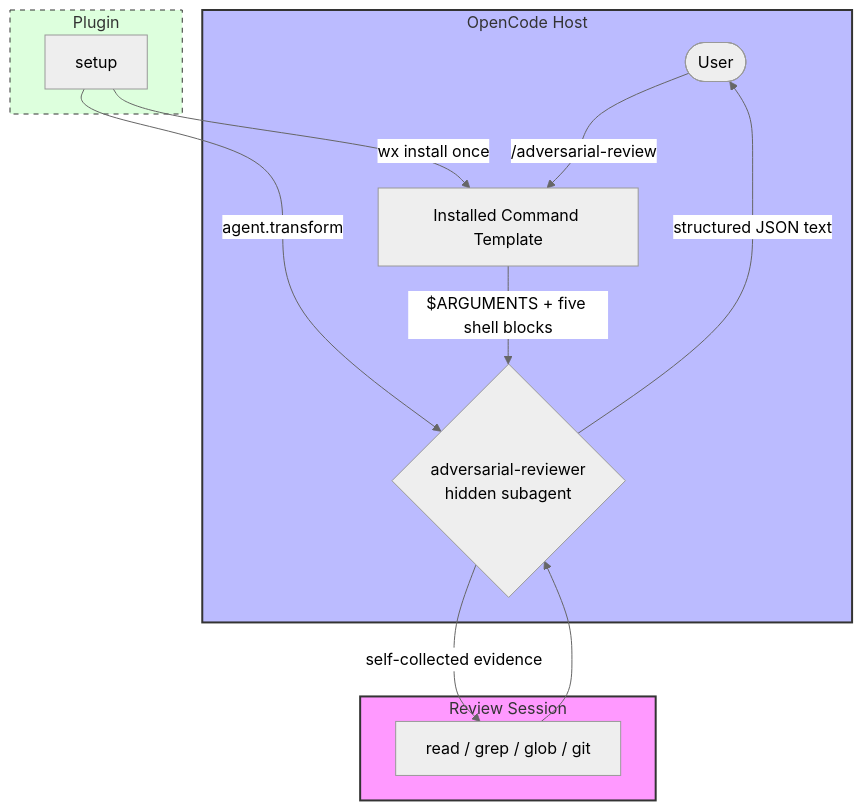
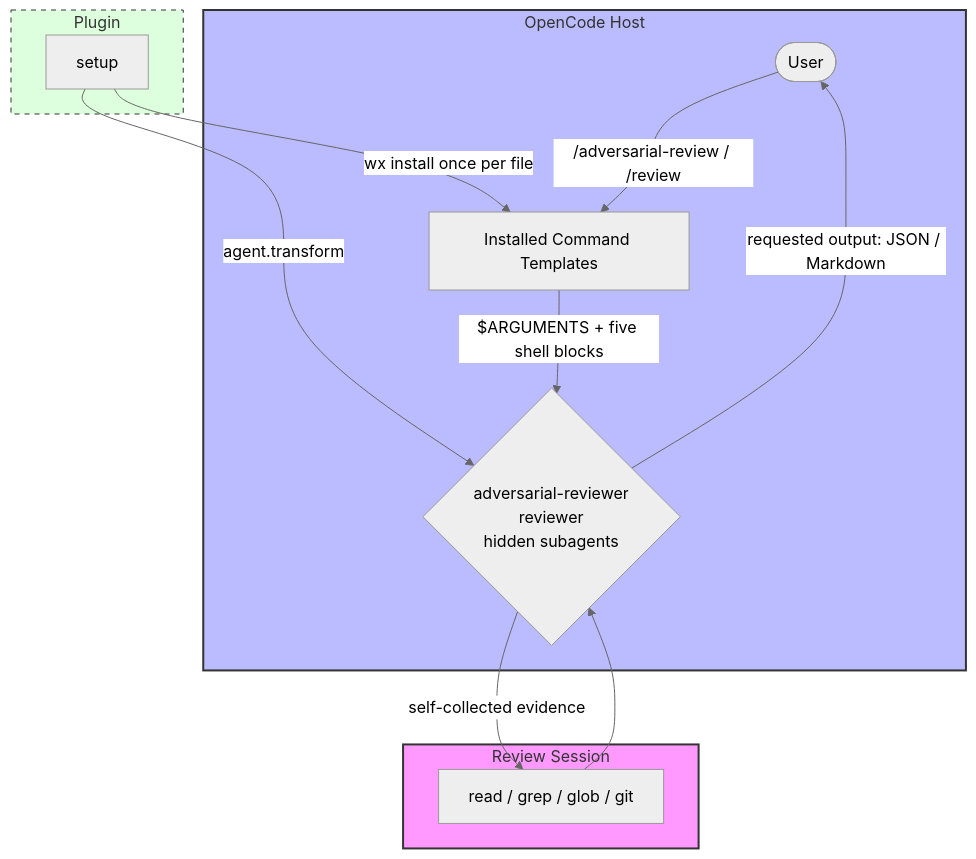
Before and after one commit to capyBearista/opencode-plugins: the diagram in packages/opencode-adversarial-review/README.md, drawn with Mermaid (neutral theme). The commit also changed other lines of this file and 9 other files, not shown here.

First line of the commit message:
feat(adversarial-review): add constructive /review alongside /adversarial-review

````diff
--- a/packages/opencode-adversarial-review/README.md
+++ b/packages/opencode-adversarial-review/README.md
@@ -29,26 +29,26 @@
 ```mermaid
 graph TB
     subgraph Host [OpenCode Host]
-        User([User]) -->|/adversarial-review| Command[Installed Command Template]
+        User([User]) -->|"/adversarial-review / /review"| Command[Installed Command Templates]
         Command -->|"$ARGUMENTS + five shell blocks"| Reviewer
     end
 
     subgraph Plugin [Plugin]
-        Setup[setup] -->|agent.transform| Reviewer{adversarial-reviewer<br/>hidden subagent}
-        Setup -->|"wx install once"| Command
+        Setup[setup] -->|agent.transform| Reviewer{"adversarial-reviewer<br/>reviewer<br/>hidden subagents"}
+        Setup -->|"wx install once per file"| Command
     end
 
     subgraph Review [Review Session]
         Reviewer -->|self-collected evidence| Tools[read / grep / glob / git]
         Tools --> Reviewer
-        Reviewer -->|structured JSON text| User
+        Reviewer -->|"requested output: JSON / Markdown"| User
     end
 
     classDef host fill:#bbf,stroke:#333,stroke-width:2px;
     classDef plugin fill:#dfd,stroke:#333,stroke-width:1px,stroke-dasharray: 5 5;
     classDef adversary fill:#f9f,stroke:#333,stroke-width:2px;
 
     class Host host;
     class Plugin plugin;
     class Review adversary;
 ```
````
